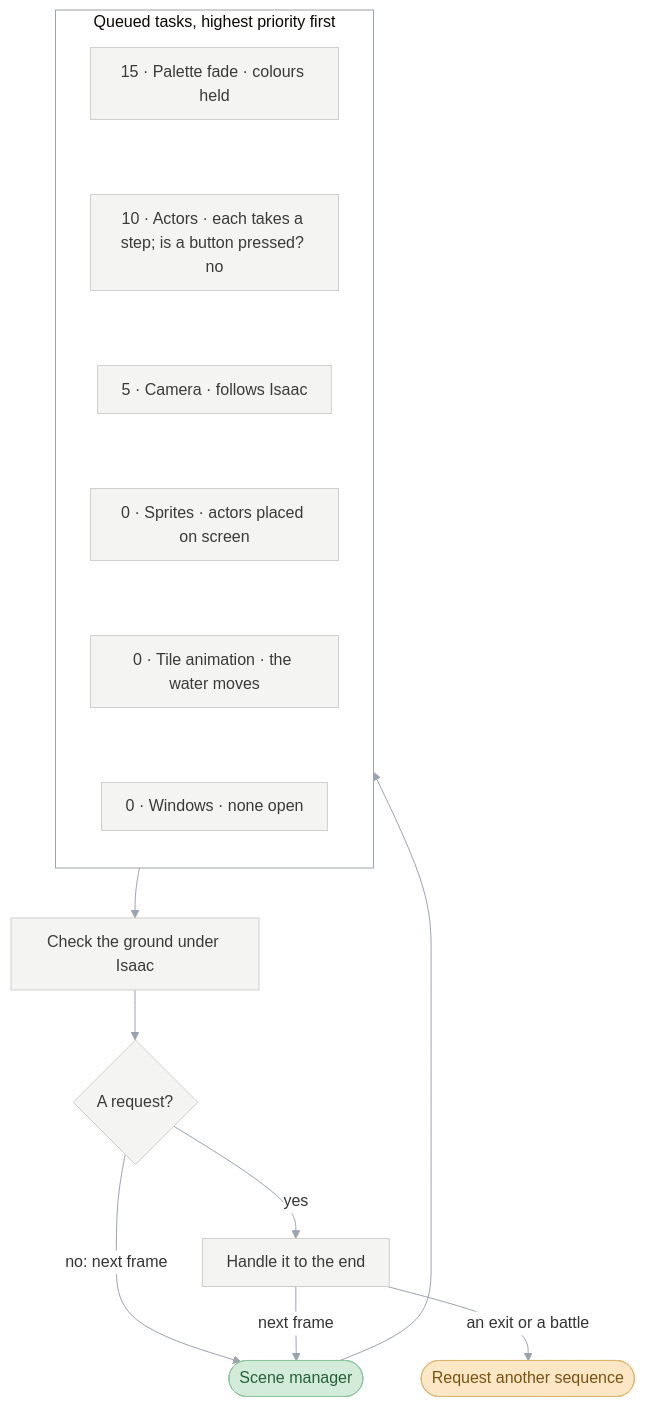
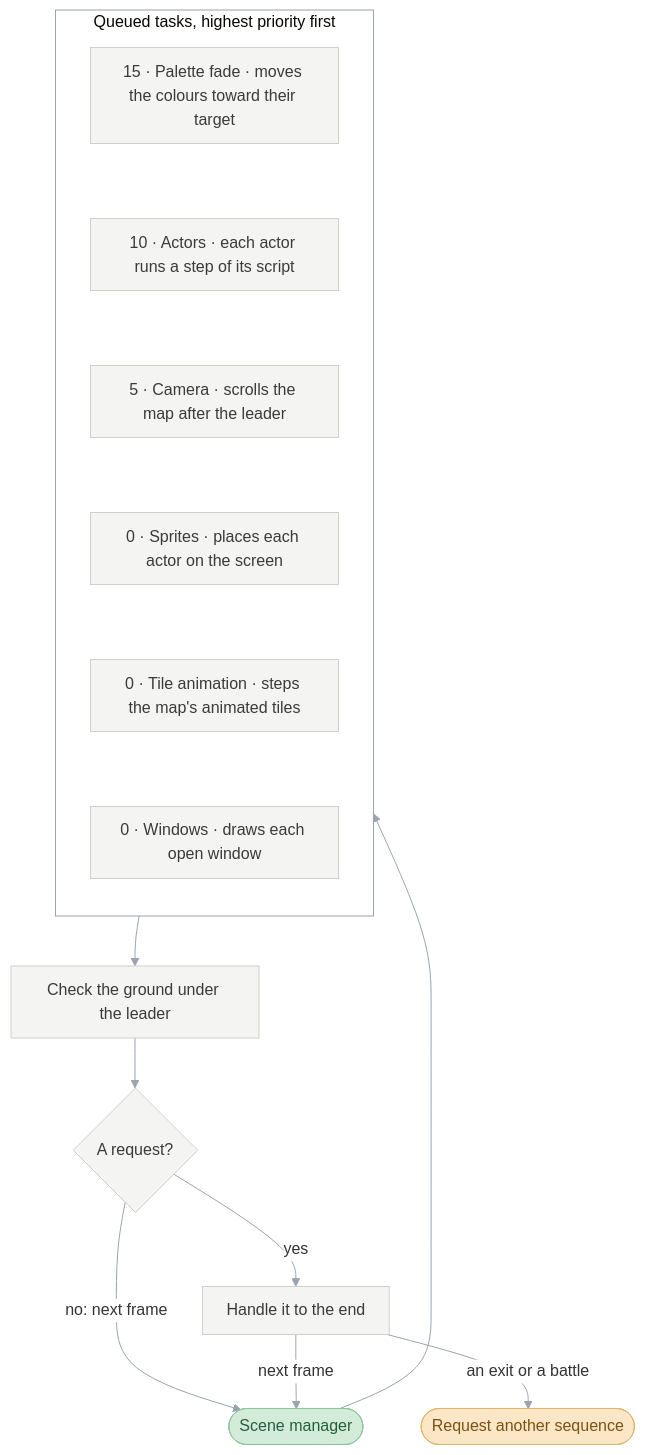
One commit to PascalPixel/alchemy changed the sixth of 7 diagrams in games/tbs/README.md. Above: the diagram before and after it, drawn with Mermaid. The commit also changed other lines of this file, not shown here.

First line of the commit message:
☀️ Front page: a general chart for each part, then one from Xian

````diff
--- a/games/tbs/README.md
+++ b/games/tbs/README.md
@@ -125,27 +167,26 @@
 ```mermaid
 %%{init: {"theme": "base", "themeVariables": {"lineColor": "#9AA3AE", "edgeLabelBackground": "#FFFFFF"}, "flowchart": {"curve": "basis", "padding": 12}}}%%
 flowchart TD
   frame(["Scene manager"]) --> queue
   subgraph queue ["Queued tasks, highest priority first"]
     direction TB
-    t1["15 · Palette fade · colours held"] ~~~ t2["10 · Actors · each takes a step; is a button pressed? no"]
-    t2 ~~~ t3["5 · Camera · follows Isaac"] ~~~ t4["0 · Sprites · actors placed on screen"]
-    t4 ~~~ t5["0 · Tile animation · the water moves"] ~~~ t6["0 · Windows · none open"]
+    t1["15 · Palette fade · moves the colours toward their target"] ~~~ t2["10 · Actors · each actor runs a step of its script"]
+    t2 ~~~ t3["5 · Camera · scrolls the map after the leader"] ~~~ t4["0 · Sprites · places each actor on the screen"]
+    t4 ~~~ t5["0 · Tile animation · steps the map's animated tiles"] ~~~ t6["0 · Windows · draws each open window"]
   end
-  queue --> ground["Check the ground under Isaac"]
+  queue --> ground["Check the ground under the leader"]
   ground --> check{"A request?"}
   check -->|"no: next frame"| frame
   check -->|"yes"| handle["Handle it to the end"]
   handle -->|"next frame"| frame
   handle -->|"an exit or a battle"| next(["Request another sequence"])
   classDef sequenceManager fill:#DDE3EC,stroke:#8FA0B8,color:#2E3C50
   classDef sceneSequence fill:#F6D5D2,stroke:#D9928B,color:#8A2A22
   classDef sceneManager fill:#D3EBD9,stroke:#8DC49E,color:#25603A
   classDef request fill:#FBE7C6,stroke:#E0B46A,color:#7A5212
   classDef step fill:#F4F4F2,stroke:#CFCFCB,color:#3A3A38
   class frame sceneManager
   class next request
-  class t1,t2,t3,t4,t5,t6,ground,handle step
+  class t1,t2,t3,t4,t5,t6,ground,handle,check step
   style queue fill:#FFFFFF,stroke:#9AA3AE
-  class check step
 ```
````
